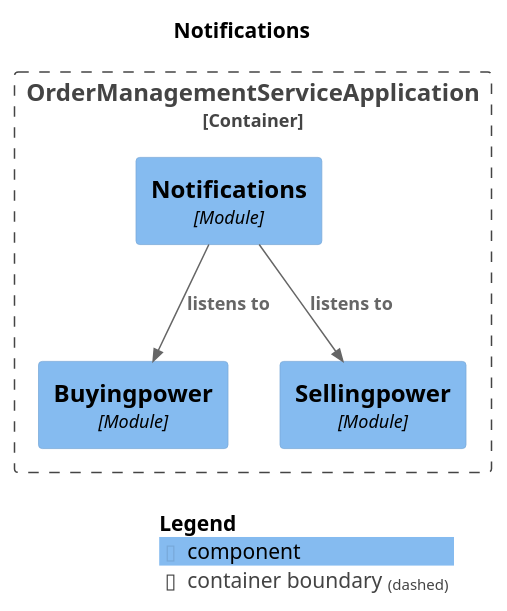
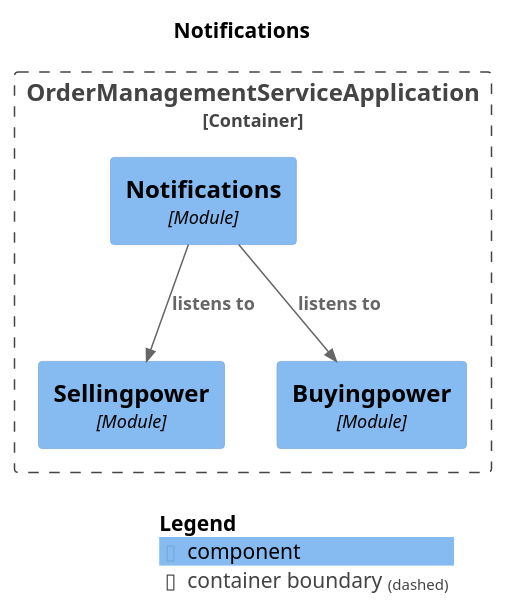
The diagram in spring-modulith-docs/module-notifications.puml (NosearY/order-management-service-reference-implementation), drawn with PlantUML before and after one commit. The commit also changed other lines of this file and 29 other files, not shown here.

```diff
--- a/spring-modulith-docs/module-notifications.puml
+++ b/spring-modulith-docs/module-notifications.puml
@@ -1,21 +1,21 @@
 @startuml
 set separator none
 title Notifications
 
 top to bottom direction
 
 !include <C4/C4>
 !include <C4/C4_Context>
 !include <C4/C4_Component>
 
 Container_Boundary("OrderManagementServiceApplication.OrderManagementServiceApplication_boundary", "OrderManagementServiceApplication", $tags="") {
+  Component(OrderManagementServiceApplication.OrderManagementServiceApplication.Sellingpower, "Sellingpower", $techn="Module", $descr="", $tags="", $link="")
   Component(OrderManagementServiceApplication.OrderManagementServiceApplication.Buyingpower, "Buyingpower", $techn="Module", $descr="", $tags="", $link="")
-  Component(OrderManagementServiceApplication.OrderManagementServiceApplication.Sellingpower, "Sellingpower", $techn="Module", $descr="", $tags="", $link="")
   Component(OrderManagementServiceApplication.OrderManagementServiceApplication.Notifications, "Notifications", $techn="Module", $descr="", $tags="", $link="")
 }
 
 Rel(OrderManagementServiceApplication.OrderManagementServiceApplication.Notifications, OrderManagementServiceApplication.OrderManagementServiceApplication.Sellingpower, "listens to", $techn="", $tags="", $link="")
 Rel(OrderManagementServiceApplication.OrderManagementServiceApplication.Notifications, OrderManagementServiceApplication.OrderManagementServiceApplication.Buyingpower, "listens to", $techn="", $tags="", $link="")
 
 SHOW_LEGEND(true)
 @enduml
```
